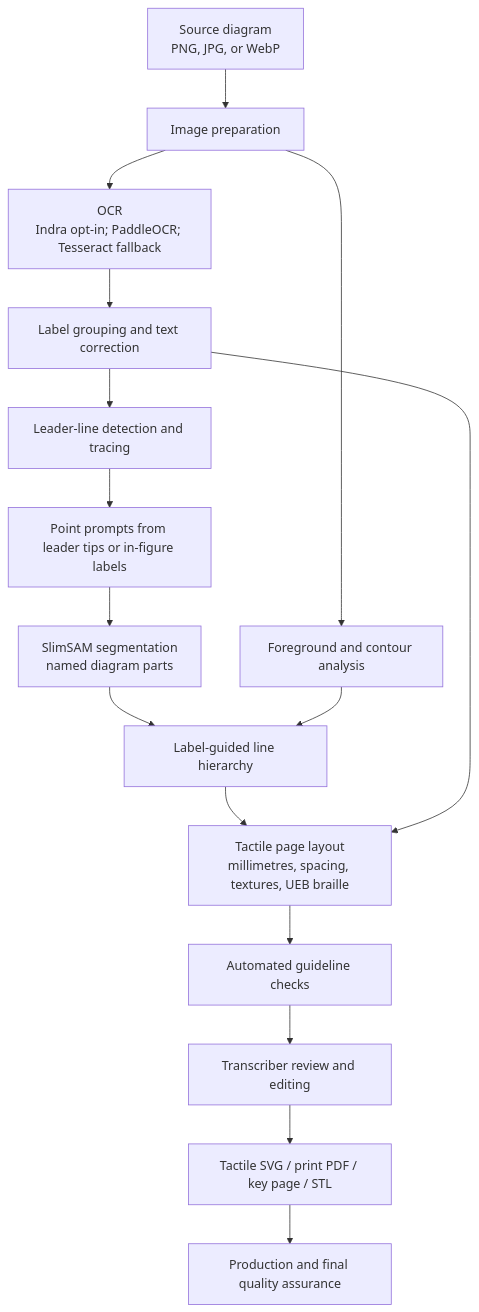
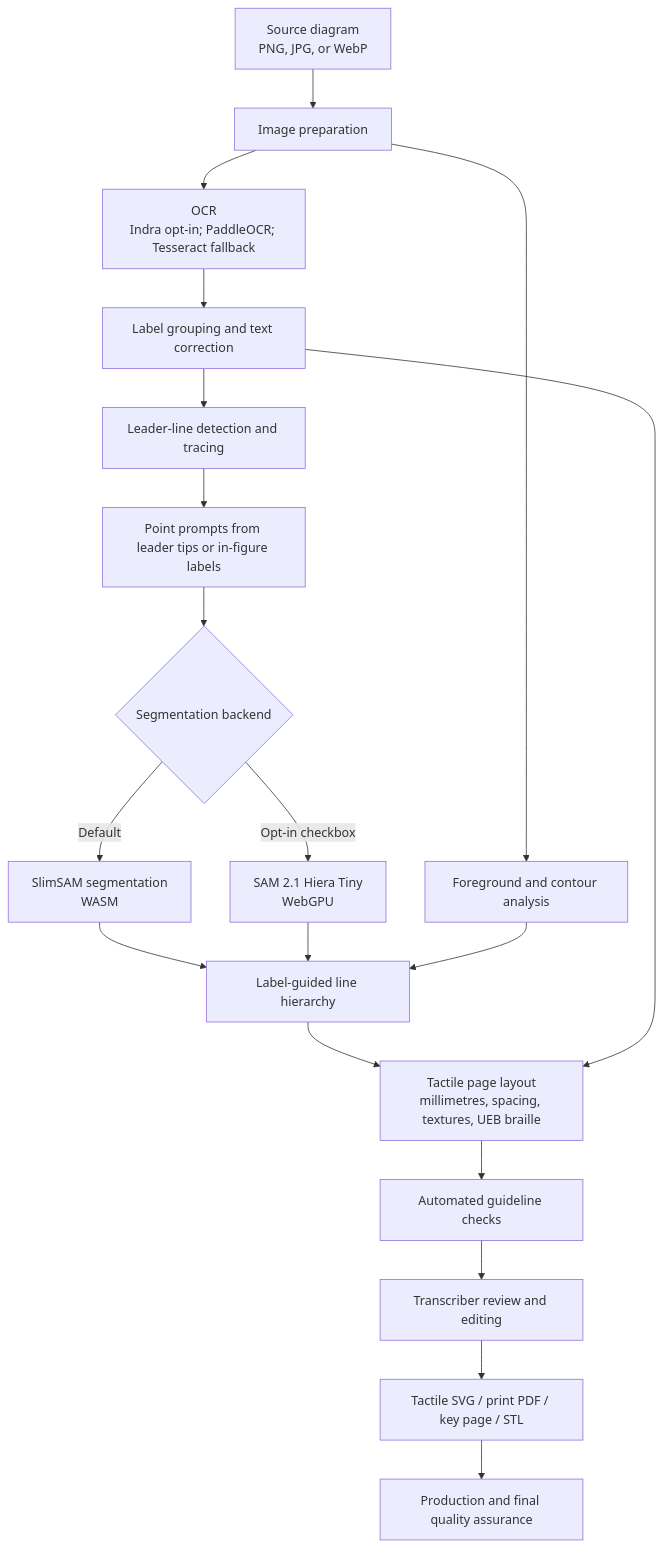
Before and after one commit to mrhunsaker/TactiDiagram: the diagram in README.md, drawn with Mermaid. The commit also changed other lines of this file and 7 other files, not shown here.

````diff
--- a/README.md
+++ b/README.md
@@ -31,18 +31,21 @@
 ```mermaid
 flowchart TD
     A["Source diagram<br/>PNG, JPG, or WebP"] --> B["Image preparation"]
     B --> C["OCR<br/>Indra opt-in; PaddleOCR; Tesseract fallback"]
     C --> D["Label grouping and text correction"]
     D --> E["Leader-line detection and tracing"]
     E --> F["Point prompts from leader tips or in-figure labels"]
-    F --> G["SlimSAM segmentation<br/>named diagram parts"]
+    F --> G{"Segmentation backend"}
+    G -->|Default| S["SlimSAM segmentation<br/>WASM"]
+    G -->|Opt-in checkbox| S2["SAM 2.1 Hiera Tiny<br/>WebGPU"]
     B --> H["Foreground and contour analysis"]
-    G --> I["Label-guided line hierarchy"]
+    S --> I["Label-guided line hierarchy"]
+    S2 --> I
     H --> I
     I --> J["Tactile page layout<br/>millimetres, spacing, textures, UEB braille"]
     D --> J
     J --> K["Automated guideline checks"]
     K --> L["Transcriber review and editing"]
     L --> M["Tactile SVG / print PDF / key page / STL"]
     M --> N["Production and final quality assurance"]
 ```
````
